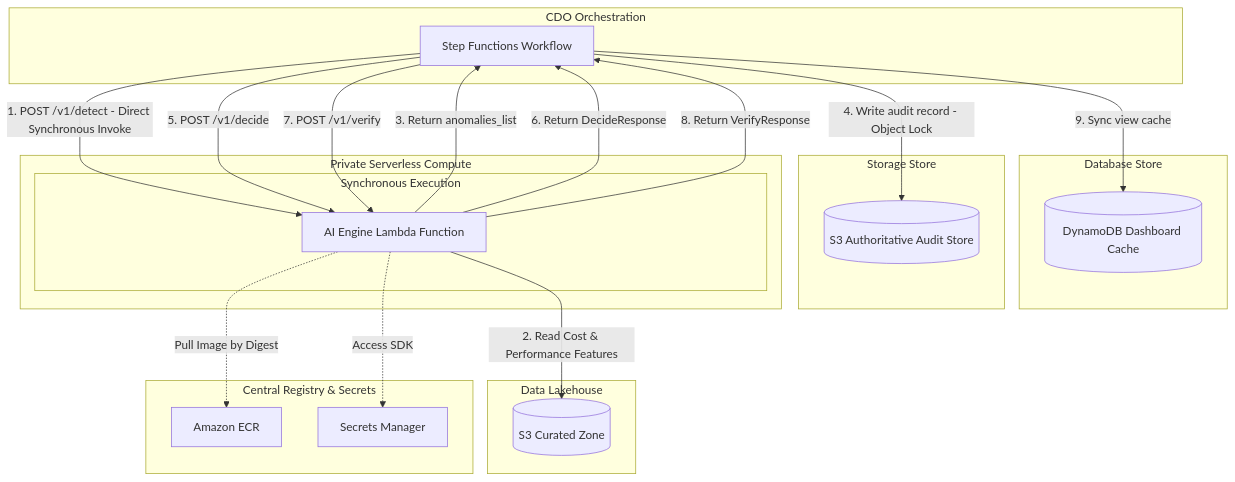
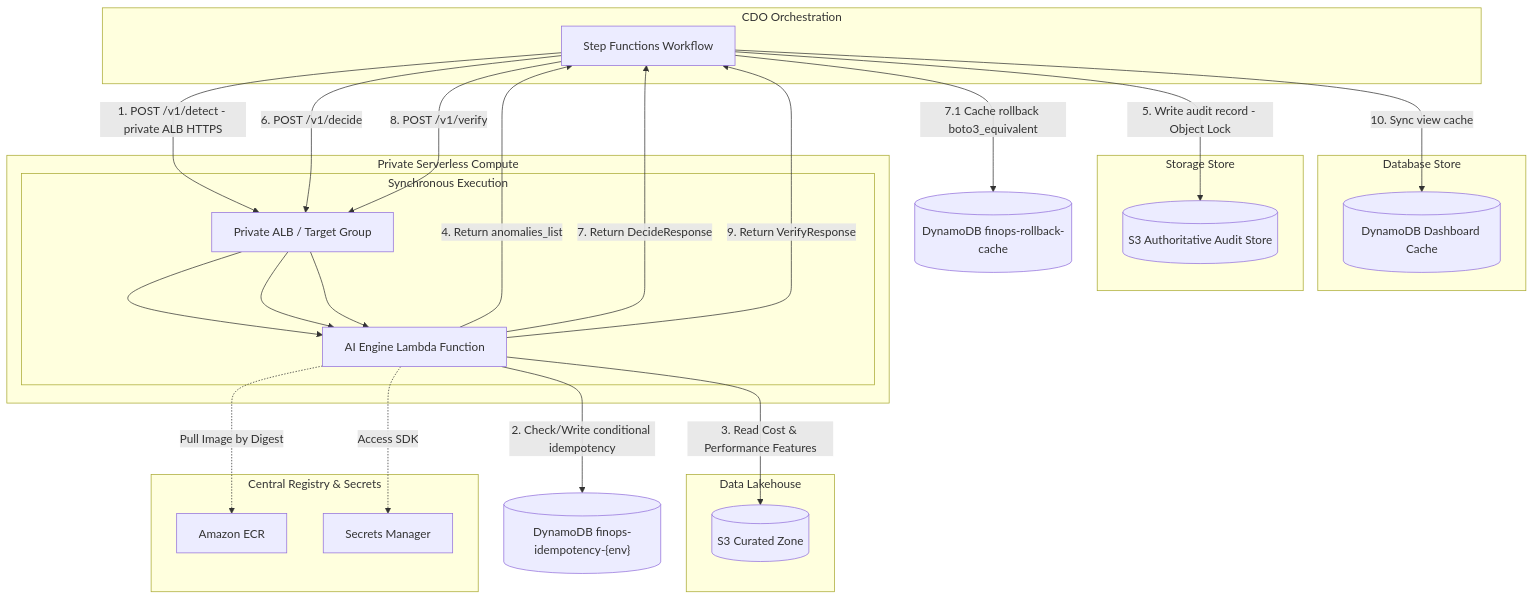
One commit to hungxqt/tf2-finops-docs changed the fourth of 6 diagrams in docs/tf2-finops/02_infra_design_vi.md. Above: the diagram before and after it, drawn with Mermaid. The commit also changed other lines of this file and 3 other files, not shown here.

Commit message:
docs: fix mermaid diagram in doc 02

````diff
--- a/docs/tf2-finops/02_infra_design_vi.md
+++ b/docs/tf2-finops/02_infra_design_vi.md
@@ -172,43 +179,49 @@
 ```mermaid
 graph TB
     subgraph "CDO Orchestration"
         SF[Step Functions Workflow]
     end
 
     subgraph "Data Lakehouse"
-        CuratedS3[(S3 Curated Zone)]
+        CuratedS3[("S3 Curated Zone")]
     end
 
     subgraph "Database Store"
-        DDB[(DynamoDB Dashboard Cache)]
+        DDB[("DynamoDB Dashboard Cache")]
     end
 
     subgraph "Storage Store"
-        S3Audit[(S3 Authoritative Audit Store)]
+        S3Audit[("S3 Authoritative Audit Store")]
     end
 
     subgraph "Private Serverless Compute"
         subgraph "Synchronous Execution"
+            ALB[Private ALB / Target Group]
             AILambda[AI Engine Lambda Function]
         end
     end
     
     subgraph "Central Registry & Secrets"
         ECR[Amazon ECR]
         SM[Secrets Manager]
     end
 
     %% Flow
-    SF -->|1. POST /v1/detect - Direct Synchronous Invoke| AILambda
-    AILambda -->|2. Read Cost & Performance Features| CuratedS3
-    AILambda -->|3. Return anomalies_list| SF
-    SF -->|4. Write audit record - Object Lock| S3Audit
-    SF -->|5. POST /v1/decide| AILambda
-    AILambda -->|6. Return DecideResponse| SF
-    SF -->|7. POST /v1/verify| AILambda
-    AILambda -->|8. Return VerifyResponse| SF
-    SF -->|9. Sync view cache| DDB
+    SF -->|1. POST /v1/detect - private ALB HTTPS| ALB
+    ALB --> AILambda
+    AILambda -->|2. Check/Write conditional idempotency| DDBIdempotency[("DynamoDB finops-idempotency-{env}")]
+    AILambda -->|3. Read Cost & Performance Features| CuratedS3
+    AILambda -->|4. Return anomalies_list| SF
+    SF -->|5. Write audit record - Object Lock| S3Audit
+    SF -->|6. POST /v1/decide| ALB
+    ALB --> AILambda
+    AILambda -->|7. Return DecideResponse| SF
+    SF -->|7.1 Cache rollback boto3_equivalent| DDBRollback[("DynamoDB finops-rollback-cache")]
+    SF -->|8. POST /v1/verify| ALB
+    ALB --> AILambda
+    AILambda -->|9. Return VerifyResponse| SF
+    SF -->|10. Sync view cache| DDB
     
     AILambda -.->|Pull Image by Digest| ECR
     AILambda -.->|Access SDK| SM
 ```
````
